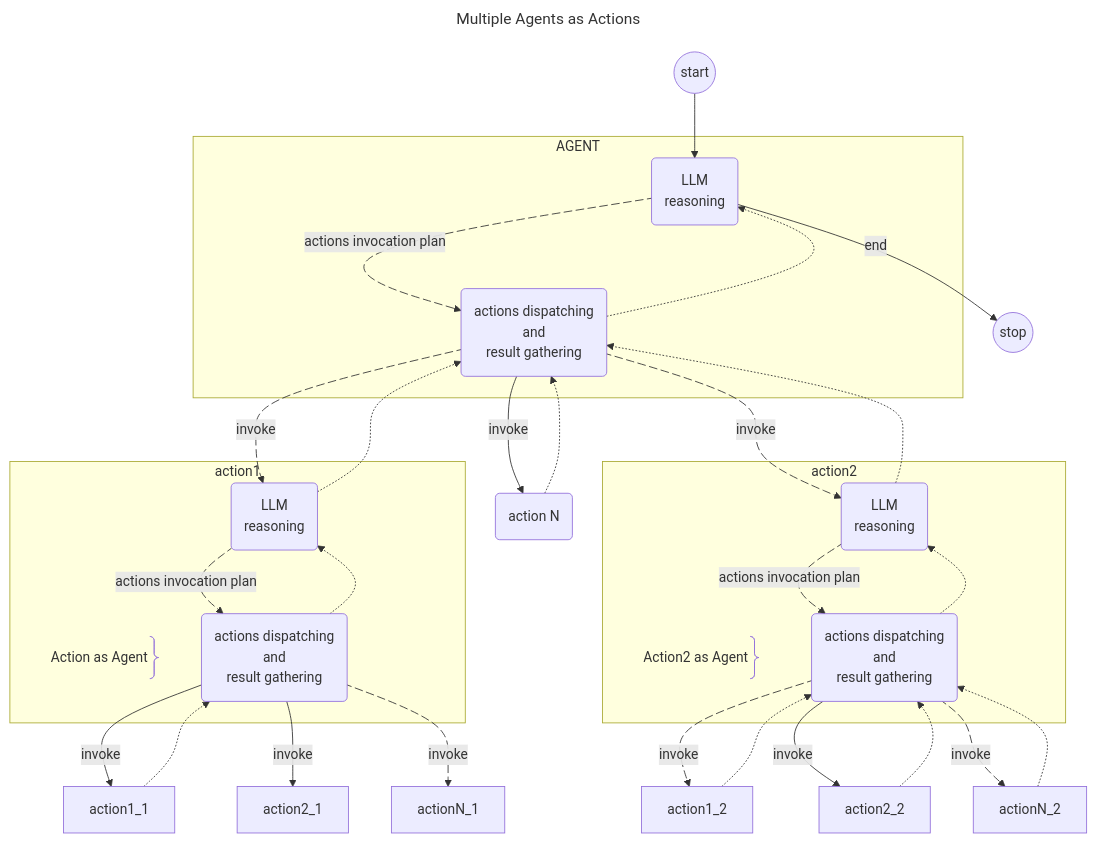
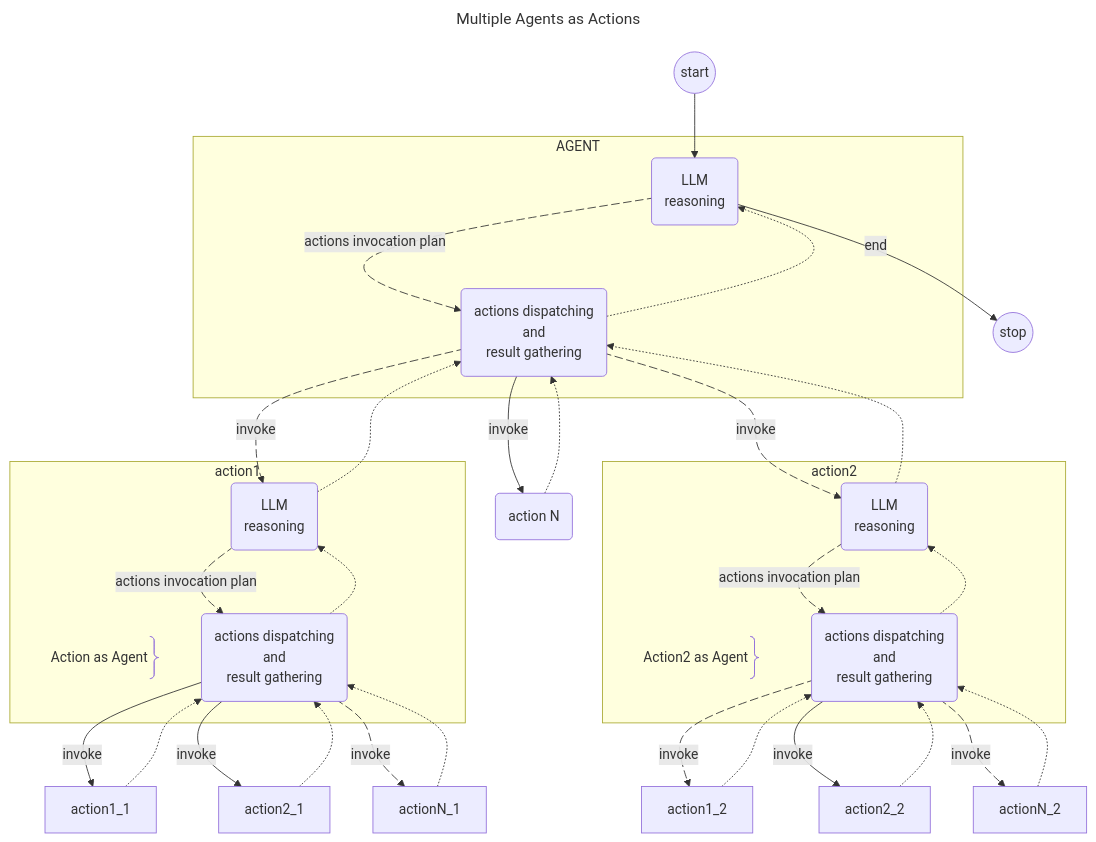
Before and after one commit to bsorrentino/langgraph4j: the third of 3 diagrams in samples/agents-handoff/README.md, drawn with Mermaid. The commit also changed other lines of this file, not shown here.

````diff
--- a/samples/agents-handoff/README.md
+++ b/samples/agents-handoff/README.md
@@ -92,78 +94,80 @@
 ```mermaid
 ---
 title: Multiple Agents as Actions
 ---
 flowchart TD
 	__START__((start))
 	__END__((stop))
     action1("action 1") 
     action2("action 2") 
     actionN("action N") 
 	__START__ --> LLM
 
     subgraph action1
         A@{ shape: brace-r, label: "Action as Agent" }
         LLM_1("LLM
         reasoning")
     	actions_1("actions dispatching
         and 
         result gathering")
 	    LLM_1 e1_1@-->|actions invocation plan| actions_1
     end
 
     actions_1 -.-> LLM_1
     actions_1 -->|invoke| action1_1
     actions_1 -->|invoke| action2_1
     actions_1 e2_1@-->|invoke| actionN_1
     action1_1 -.-> actions_1
-    
+    action2_1 -.-> actions_1
+    actionN_1 -.-> actions_1
+
     subgraph action2
         B@{ shape: brace-r, label: "Action2 as Agent" }
         LLM_2("LLM
         reasoning")
     	actions_2("actions dispatching
         and 
         result gathering")
 	    LLM_2 e1_2@-->|actions invocation plan| actions_2
 
     end
 
     actions_2 -.-> LLM_2
     actions_2 e3_2@-->|invoke| action1_2
     actions_2 -->|invoke| action2_2
     actions_2 e2_2@-->|invoke| actionN_2
     action1_2 -.-> actions_2
     action2_2 -.-> actions_2
     actionN_2 -.-> actions_2
 
     subgraph AGENT
         LLM("LLM
         reasoning") 
         actions("actions dispatching
         and 
         result gathering")
         LLM e1@-->|actions invocation plan| actions
         
   	end
     
     actions -->|invoke| actionN
     actionN -.-> actions
     actions -.-> LLM
 
     LLM -->|end| __END__
     
     actions e2@-->|invoke| LLM_1
     actions e3@-->|invoke| LLM_2
 
     LLM_1 -.-> actions
     LLM_2 -.-> actions
 
 e1@{ animate: true }     
 e2@{ animate: true }     
 e3@{ animate: true }     
 e1_1@{ animate: true }     
 e2_1@{ animate: true }     
 e1_2@{ animate: true }     
 e2_2@{ animate: true }     
 e3_2@{ animate: true }     
 ```
````
